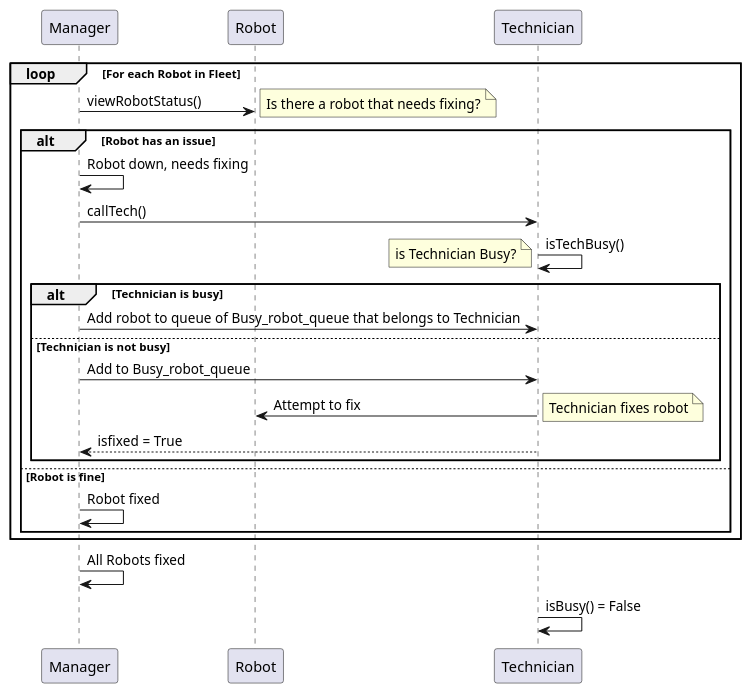
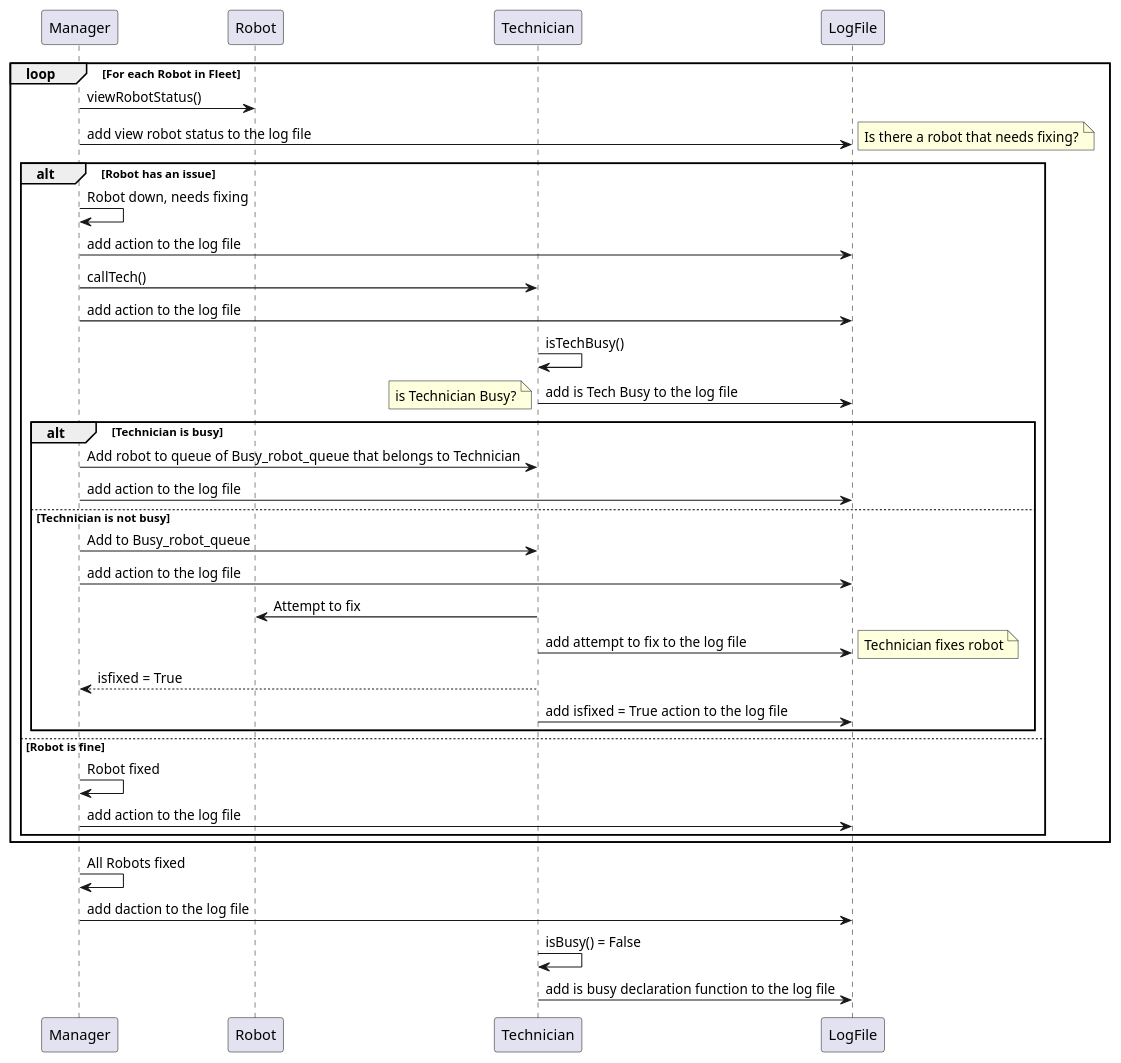
The diagram in docs/design/sequencediagram/SequenceDiagram1.puml (ur-cs-courses/course-project-catch-up), drawn with PlantUML before and after one commit. The commit also changed 6 other files, not shown here.

```diff
--- a/docs/design/sequencediagram/SequenceDiagram1.puml
+++ b/docs/design/sequencediagram/SequenceDiagram1.puml
@@ -1,38 +1,50 @@
 @startuml
 
 participant Manager
 participant Robot
 participant Technician
+participant LogFile
 
 
 loop For each Robot in Fleet
     Manager -> Robot: viewRobotStatus()
+    Manager -> LogFile : add view robot status to the log file
     note right: Is there a robot that needs fixing?
 
     alt Robot has an issue
         Manager -> Manager: Robot down, needs fixing
+        Manager -> LogFile : add action to the log file
         Manager -> Technician: callTech()
+        Manager -> LogFile : add action to the log file
         Technician -> Technician: isTechBusy() 
+        Technician -> LogFile : add is Tech Busy to the log file
         note left: is Technician Busy?
 
         alt Technician is busy
             Manager -> Technician: Add robot to queue of Busy_robot_queue that belongs to Technician
+            Manager -> LogFile : add action to the log file
 
         else Technician is not busy
             Manager -> Technician: Add to Busy_robot_queue
+            Manager -> LogFile : add action to the log file
             Technician -> Robot: Attempt to fix
+            Technician -> LogFile : add attempt to fix to the log file
             note right: Technician fixes robot 
             Technician --> Manager: isfixed = True 
+            Technician -> LogFile : add isfixed = True action to the log file
         end
 
     else Robot is fine
         Manager -> Manager: Robot fixed
+        Manager -> LogFile : add action to the log file
     end
 
   
 
 end
 Manager -> Manager : All Robots fixed 
+Manager -> LogFile : add daction to the log file
 Technician -> Technician : isBusy() = False 
+Technician -> LogFile : add is busy declaration function to the log file
 
 @enduml
```
